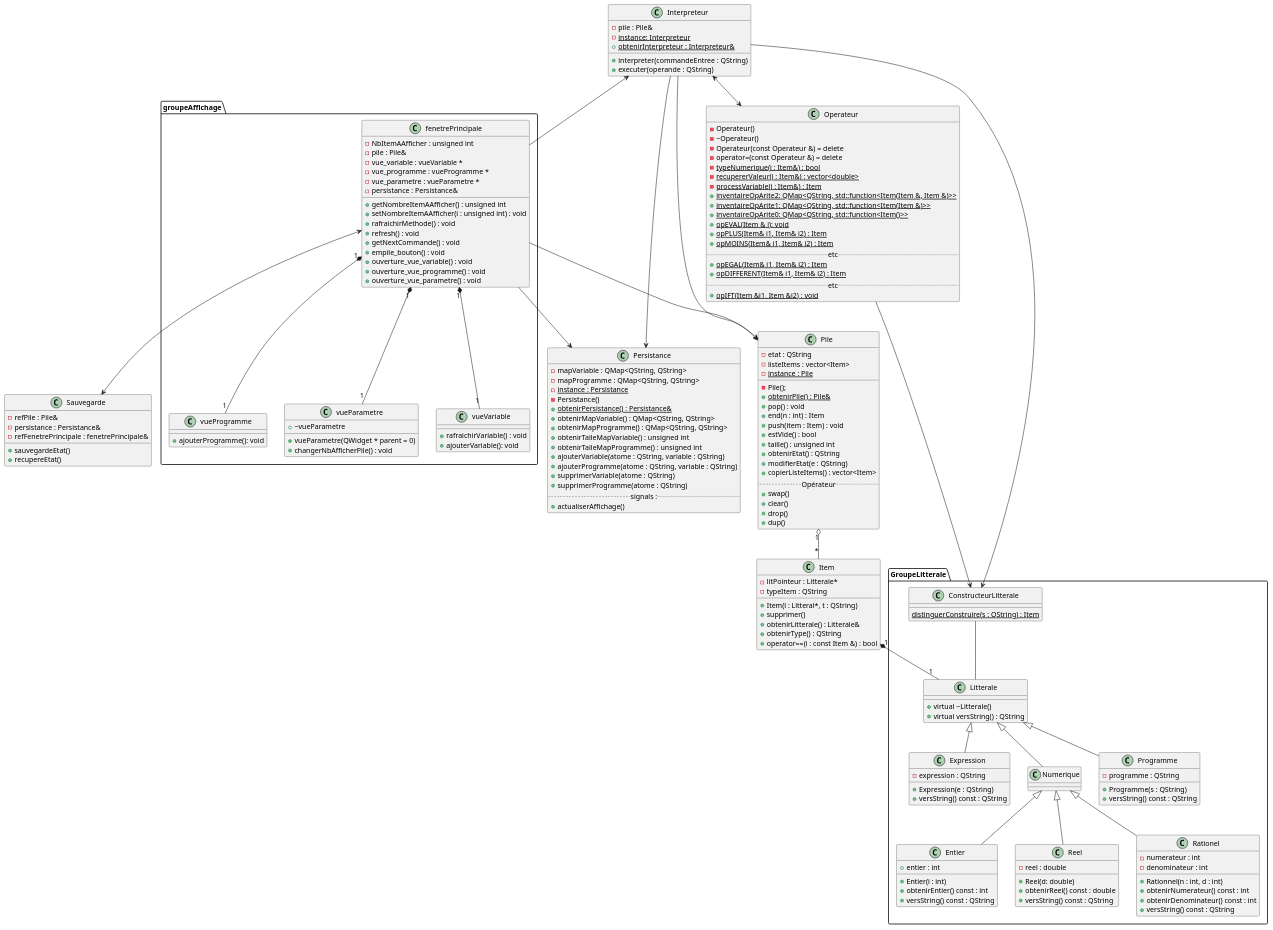
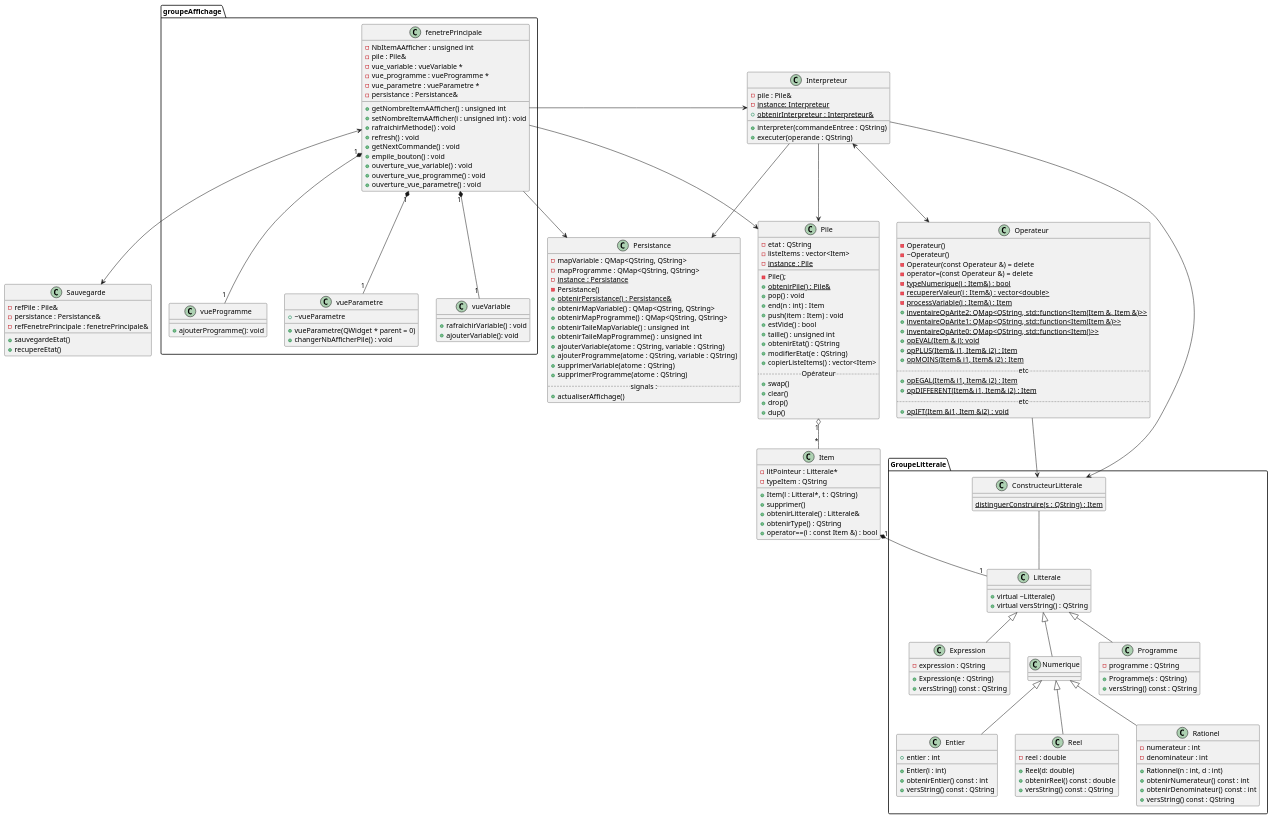
The diagram in UML_MAJ.puml (LouisJeanneau/LO21-Projet-CompUT), drawn with PlantUML before and after one commit.

Commit message:
J'avance sur le UML

```diff
--- a/UML_MAJ.puml
+++ b/UML_MAJ.puml
@@ -195,7 +195,7 @@
 Interpreteur --> Persistance
 Interpreteur --> Pile
 fenetrePrincipale --> Pile
-fenetrePrincipale --> Persistance
+
 Interpreteur --> ConstructeurLitterale
 
 Item "1" *-- "1" Litterale
@@ -206,7 +206,8 @@
 fenetrePrincipale "1" *-- "1" vueParametre
 
 Operateur --> ConstructeurLitterale
-Interpreteur <-- fenetrePrincipale
+fenetrePrincipale --> Interpreteur
+Persistance <-- fenetrePrincipale
 
 fenetrePrincipale <--> Sauvegarde
 ConstructeurLitterale -- Litterale
```
